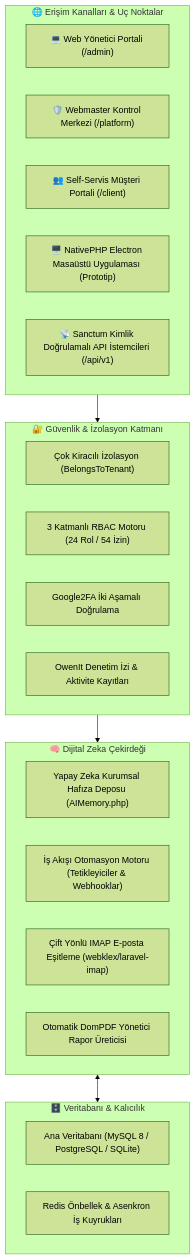
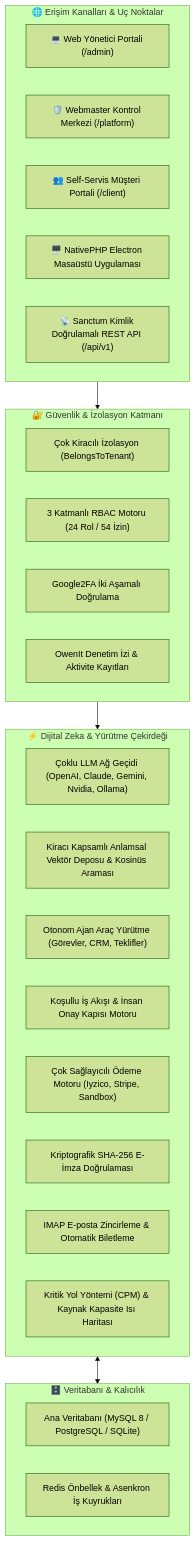
One commit to adacreativeco/NexusADA changed the diagram in README.tr.md. Above: the diagram before and after it, drawn with Mermaid (forest theme). The commit also changed other lines of this file and 26 other files, not shown here.

Commit message:
feat: implement enterprise multi-LLM gateway, vector memory, conditional workflows, payment gateways, e-signatures, email intelligence, CPM planning, and 60 passing tests

````diff
--- a/README.tr.md
+++ b/README.tr.md
@@ -84,33 +35,37 @@
 ```mermaid
 flowchart TD
     subgraph ClientAccess["🌐 Erişim Kanalları & Uç Noktalar"]
         WebAdmin["💻 Web Yönetici Portali (/admin)"]
         Webmaster["🛡️ Webmaster Kontrol Merkezi (/platform)"]
         ClientPortal["👥 Self-Servis Müşteri Portali (/client)"]
-        DesktopApp["🖥️ NativePHP Electron Masaüstü Uygulaması (Prototip)"]
-        RESTClients["📡 Sanctum Kimlik Doğrulamalı API İstemcileri (/api/v1)"]
+        DesktopApp["🖥️ NativePHP Electron Masaüstü Uygulaması"]
+        RESTClients["📡 Sanctum Kimlik Doğrulamalı REST API (/api/v1)"]
     end
 
     subgraph SecurityLayer["🔐 Güvenlik & İzolasyon Katmanı"]
         TenantScope["Çok Kiracılı İzolasyon (BelongsToTenant)"]
         RBAC["3 Katmanlı RBAC Motoru (24 Rol / 54 İzin)"]
         TwoFactor["Google2FA İki Aşamalı Doğrulama"]
         AuditTrail["OwenIt Denetim İzi & Aktivite Kayıtları"]
     end
 
-    subgraph CoreServices["🧠 Dijital Zeka Çekirdeği"]
-        AIMemory["Yapay Zeka Kurumsal Hafıza Deposu (AIMemory.php)"]
-        Automation["İş Akışı Otomasyon Motoru (Tetikleyiciler & Webhooklar)"]
-        ImapSync["Çift Yönlü IMAP E-posta Eşitleme (webklex/laravel-imap)"]
-        PdfEngine["Otomatik DomPDF Yönetici Rapor Üreticisi"]
+    subgraph CoreEngines["⚡ Dijital Zeka & Yürütme Çekirdeği"]
+        AIGateway["Çoklu LLM Ağ Geçidi (OpenAI, Claude, Gemini, Nvidia, Ollama)"]
+        VectorStore["Kiracı Kapsamlı Anlamsal Vektör Deposu & Kosinüs Araması"]
+        ToolRegistry["Otonom Ajan Araç Yürütme (Görevler, CRM, Teklifler)"]
+        WorkflowDAG["Koşullu İş Akışı & İnsan Onay Kapısı Motoru"]
+        PaymentEngine["Çok Sağlayıcılı Ödeme Motoru (Iyzico, Stripe, Sandbox)"]
+        DigitalSign["Kriptografik SHA-256 E-İmza Doğrulaması"]
+        EmailIntel["IMAP E-posta Zincirleme & Otomatik Biletleme"]
+        CPMEngine["Kritik Yol Yöntemi (CPM) & Kaynak Kapasite Isı Haritası"]
     end
 
     subgraph DataLayer["🗄️ Veritabanı & Kalıcılık"]
         MySQL["Ana Veritabanı (MySQL 8 / PostgreSQL / SQLite)"]
         Redis["Redis Önbellek & Asenkron İş Kuyrukları"]
     end
 
     ClientAccess --> SecurityLayer
-    SecurityLayer --> CoreServices
-    CoreServices <--> DataLayer
+    SecurityLayer --> CoreEngines
+    CoreEngines <--> DataLayer
 ```
````
